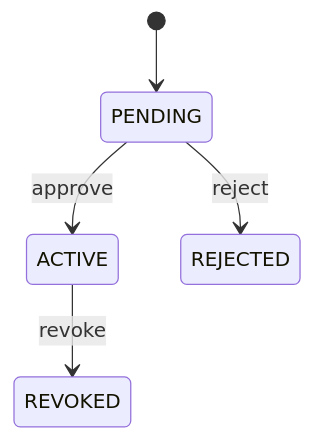
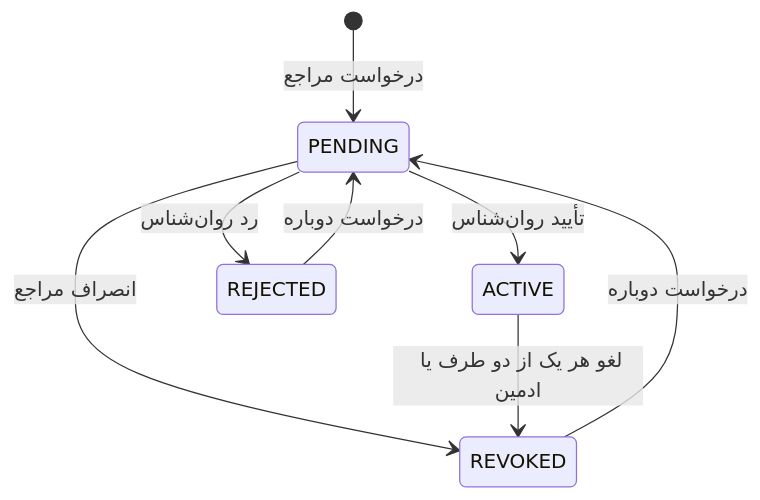
One commit to elmkhah/rorschach changed the third of 13 diagrams in documentation/05-sequence-diagrams.md. Above: the diagram before and after it, drawn with Mermaid. The commit also changed other lines of this file and 23 other files, not shown here.

````diff
--- a/documentation/05-sequence-diagrams.md
+++ b/documentation/05-sequence-diagrams.md
@@ -75,7 +89,10 @@
 ```mermaid
 stateDiagram-v2
-    [*] --> PENDING
-    PENDING --> ACTIVE: approve
-    PENDING --> REJECTED: reject
-    ACTIVE --> REVOKED: revoke
+    [*] --> PENDING: درخواست مراجع
+    PENDING --> ACTIVE: تأیید روان‌شناس
+    PENDING --> REJECTED: رد روان‌شناس
+    PENDING --> REVOKED: انصراف مراجع
+    ACTIVE --> REVOKED: لغو هر یک از دو طرف یا ادمین
+    REJECTED --> PENDING: درخواست دوباره
+    REVOKED --> PENDING: درخواست دوباره
 ```
````
